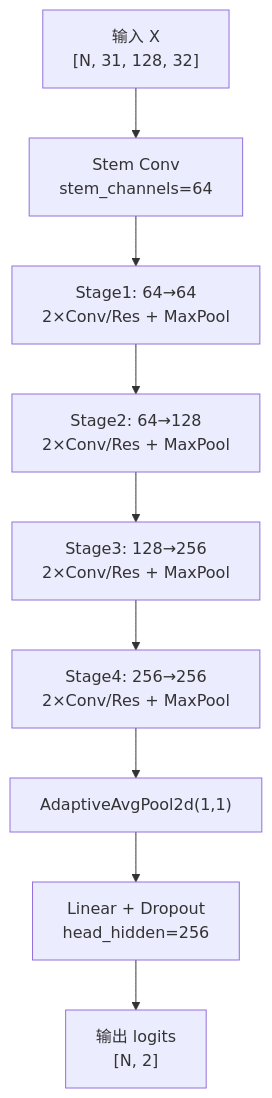
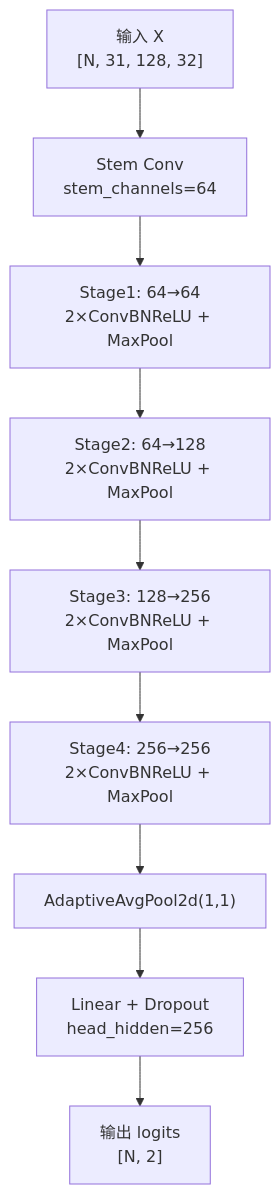
One commit to amunlau/dram_cnn changed the diagram in reports/figures/05_gridcnn_structure.mmd. Above: the diagram before and after it, drawn with Mermaid. The commit also changed 107 other files, not shown here.

```diff
--- a/reports/figures/05_gridcnn_structure.mmd
+++ b/reports/figures/05_gridcnn_structure.mmd
@@ -1,12 +1,12 @@
 flowchart TB
   IN["输入 X<br/>[N, 31, 128, 32]"]
   STEM["Stem Conv<br/>stem_channels=64"]
-  S1["Stage1: 64→64<br/>2×Conv/Res + MaxPool"]
-  S2["Stage2: 64→128<br/>2×Conv/Res + MaxPool"]
-  S3["Stage3: 128→256<br/>2×Conv/Res + MaxPool"]
-  S4["Stage4: 256→256<br/>2×Conv/Res + MaxPool"]
+  S1["Stage1: 64→64<br/>2×ConvBNReLU + MaxPool"]
+  S2["Stage2: 64→128<br/>2×ConvBNReLU + MaxPool"]
+  S3["Stage3: 128→256<br/>2×ConvBNReLU + MaxPool"]
+  S4["Stage4: 256→256<br/>2×ConvBNReLU + MaxPool"]
   GAP["AdaptiveAvgPool2d(1,1)"]
   MLP["Linear + Dropout<br/>head_hidden=256"]
   OUT["输出 logits<br/>[N, 2]"]
 
   IN --> STEM --> S1 --> S2 --> S3 --> S4 --> GAP --> MLP --> OUT
```
